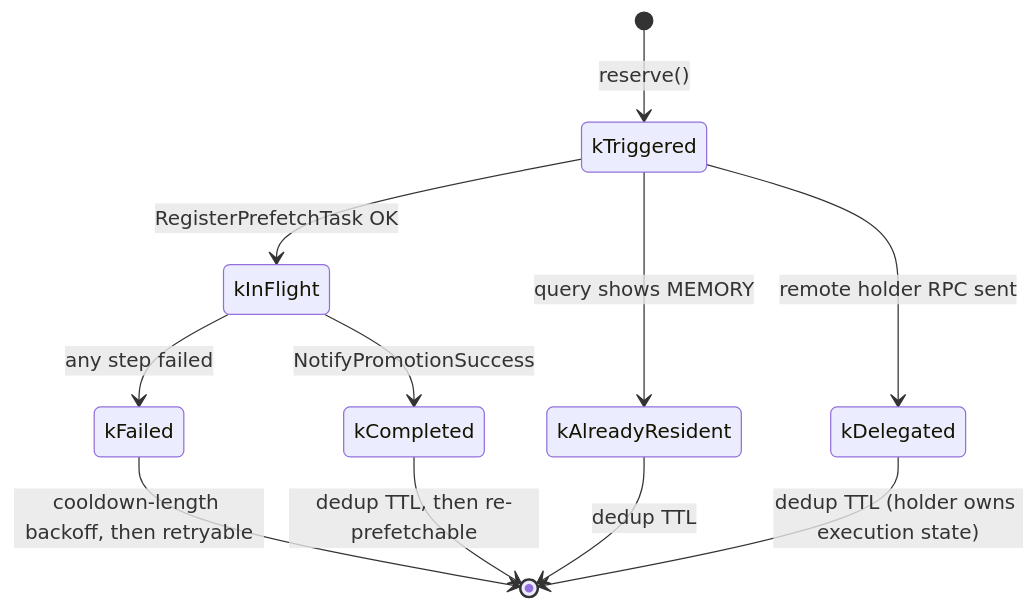
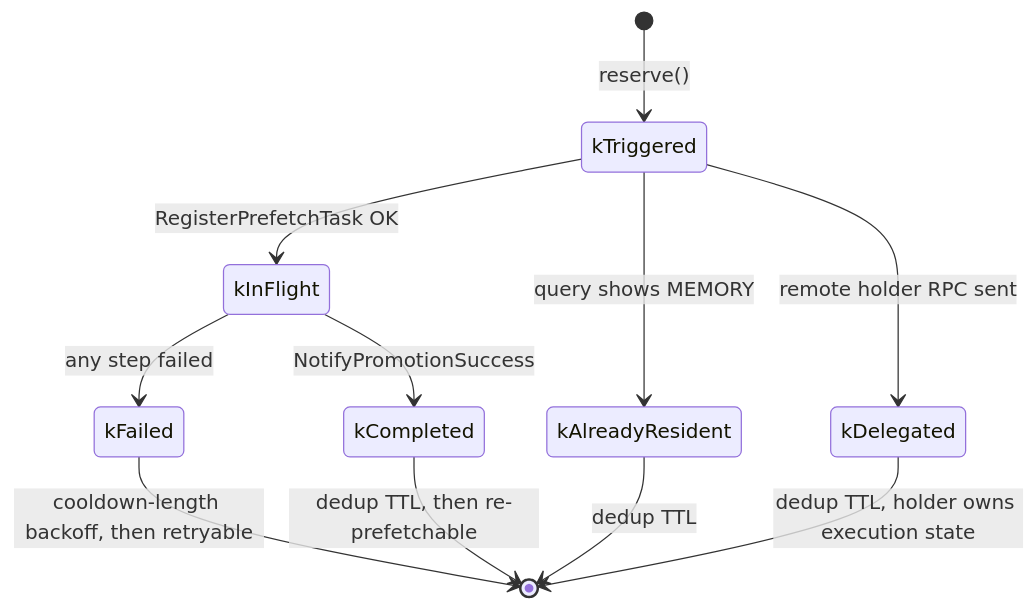
Before and after one commit to kvcache-ai/Mooncake: the third of 5 diagrams in docs/source/design/ssd-prefetch.md, drawn with Mermaid. The commit also changed other lines of this file, not shown here.

First line of the commit message:
[Docs][Store] Fix mermaid syntax in SSD prefetch design diagrams

````diff
--- a/docs/source/design/ssd-prefetch.md
+++ b/docs/source/design/ssd-prefetch.md
@@ -198,13 +199,13 @@
 ```mermaid
 stateDiagram-v2
     [*] --> kTriggered : reserve()
     kTriggered --> kInFlight : RegisterPrefetchTask OK
     kTriggered --> kAlreadyResident : query shows MEMORY
     kTriggered --> kDelegated : remote holder RPC sent
     kInFlight --> kCompleted : NotifyPromotionSuccess
     kInFlight --> kFailed : any step failed
     kFailed --> [*] : cooldown-length backoff, then retryable
     kCompleted --> [*] : dedup TTL, then re-prefetchable
     kAlreadyResident --> [*] : dedup TTL
-    kDelegated --> [*] : dedup TTL (holder owns execution state)
+    kDelegated --> [*] : dedup TTL, holder owns execution state
 ```
````
